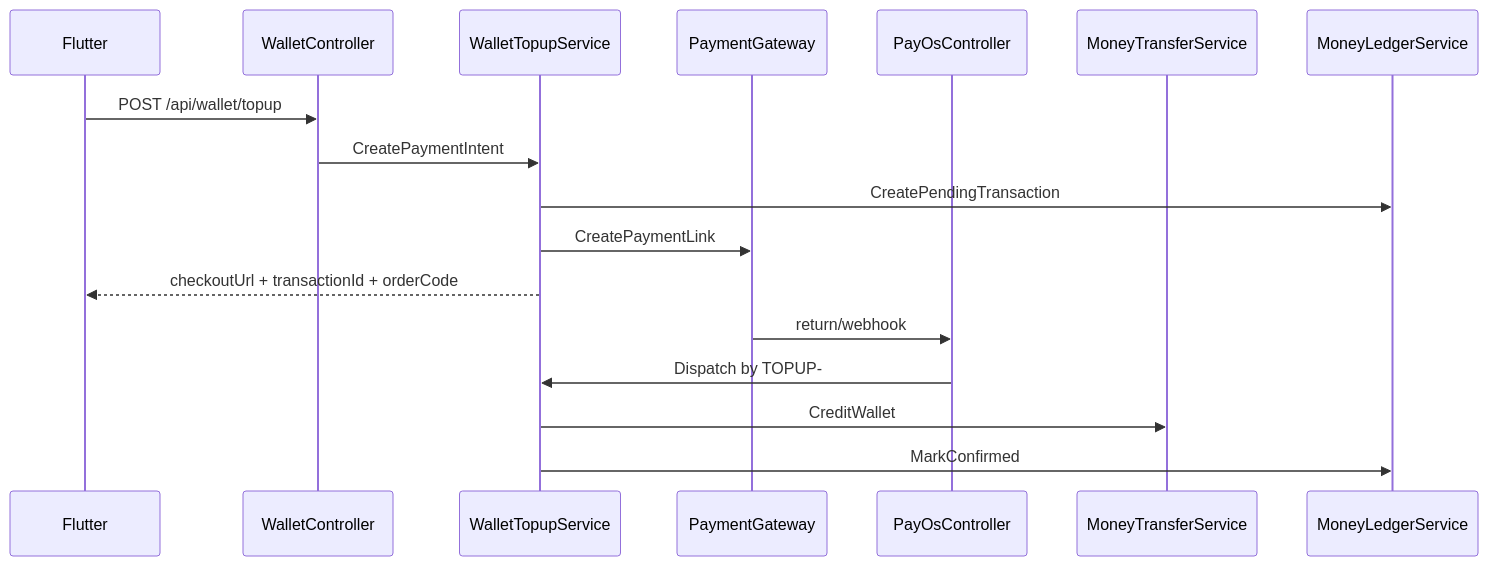
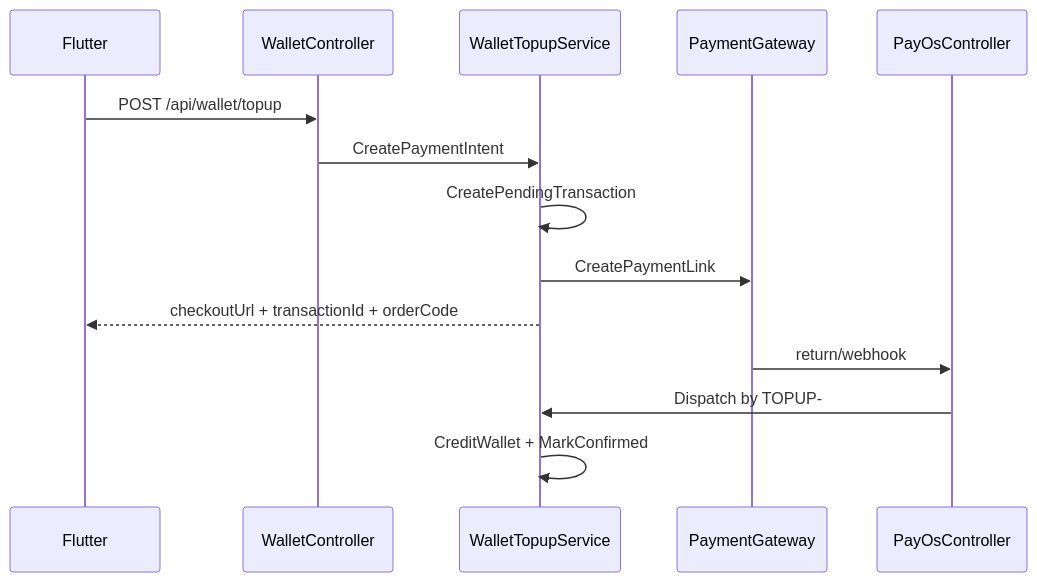
The fourth of 5 diagrams in Docs/05-Backend/02-layers/money-aspect/money-aspect.sourcemap.md (Snake-AID/SnakeAid.Docs), drawn with Mermaid before and after one commit. The commit also changed other lines of this file and 1 other file, not shown here.

Commit message:
feat(docs): update money aspect sourcemap and refactoring documentation to clarify ownership and shared primitive boundaries

````diff
--- a/Docs/05-Backend/02-layers/money-aspect/money-aspect.sourcemap.md
+++ b/Docs/05-Backend/02-layers/money-aspect/money-aspect.sourcemap.md
@@ -176,21 +129,18 @@
 ```mermaid
 sequenceDiagram
     participant Flutter
     participant WalletController
     participant WalletTopupService
     participant PaymentGateway
     participant PayOsController
-    participant MoneyTransferService
-    participant MoneyLedgerService
 
     Flutter->>WalletController: POST /api/wallet/topup
     WalletController->>WalletTopupService: CreatePaymentIntent
-    WalletTopupService->>MoneyLedgerService: CreatePendingTransaction
+    WalletTopupService->>WalletTopupService: CreatePendingTransaction
     WalletTopupService->>PaymentGateway: CreatePaymentLink
     WalletTopupService-->>Flutter: checkoutUrl + transactionId + orderCode
 
     PaymentGateway->>PayOsController: return/webhook
     PayOsController->>WalletTopupService: Dispatch by TOPUP-
-    WalletTopupService->>MoneyTransferService: CreditWallet
-    WalletTopupService->>MoneyLedgerService: MarkConfirmed
+    WalletTopupService->>WalletTopupService: CreditWallet + MarkConfirmed
 ```
````
